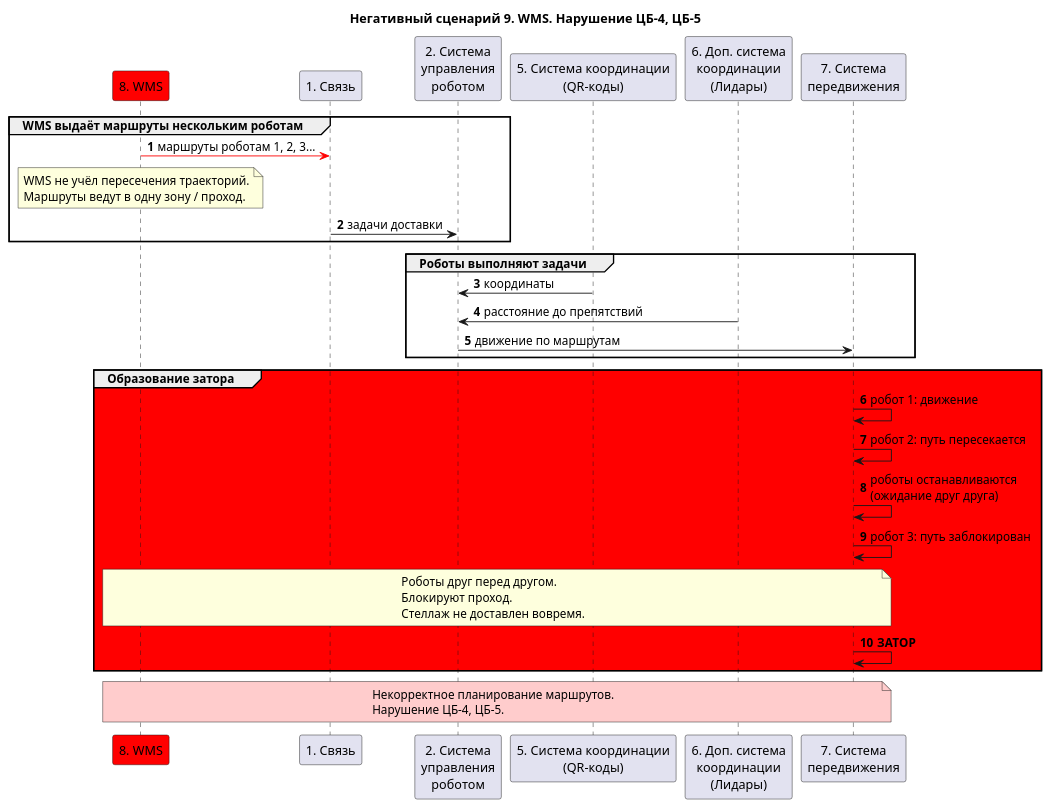
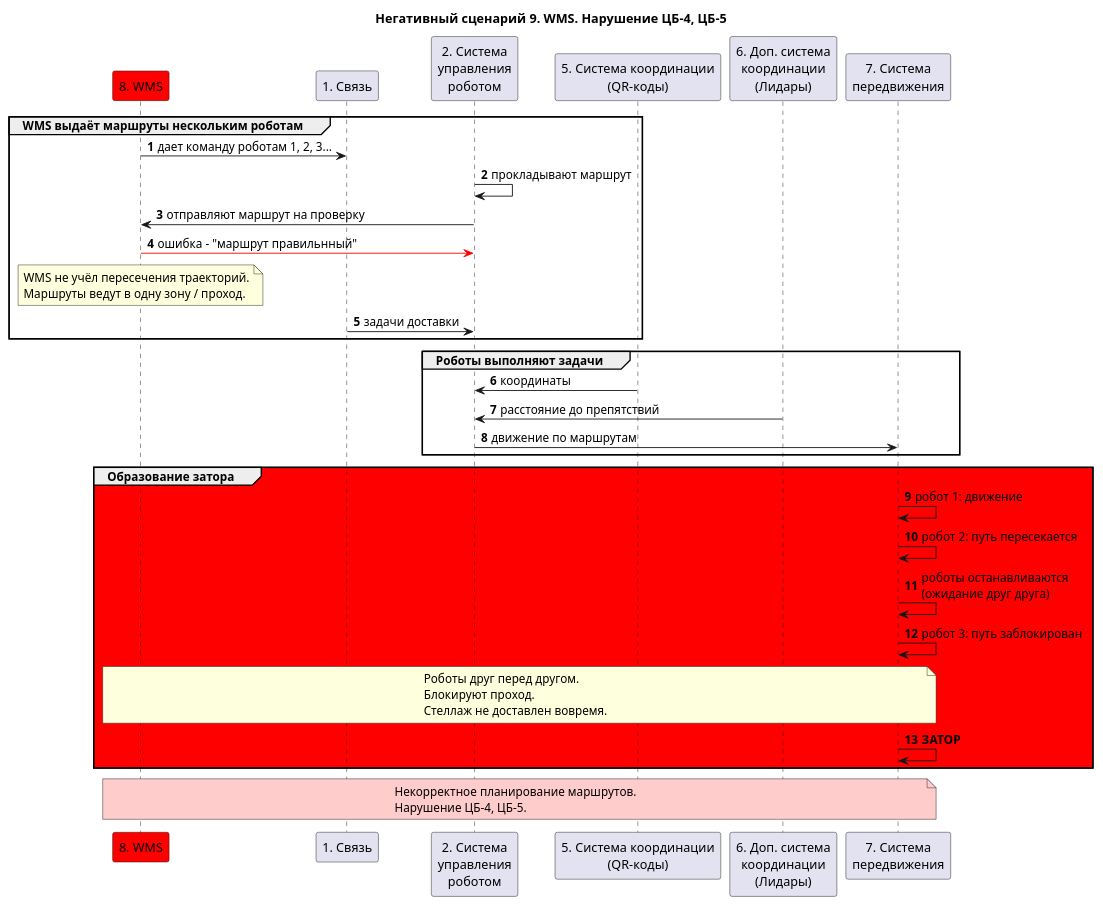
One commit to BoykovArtur/ProgrammingMethods changed the diagram in CourseWork/Description/ns/ns-09.puml. Above: the diagram before and after it, drawn with PlantUML.

```diff
--- a/CourseWork/Description/ns/ns-09.puml
+++ b/CourseWork/Description/ns/ns-09.puml
@@ -1,45 +1,47 @@
 @startuml
 title "Негативный сценарий 9. WMS. Нарушение ЦБ-4, ЦБ-5"
 
 autonumber
 participant "8. WMS" as wms #red
 participant "1. Связь" as conn
 participant "2. Система\nуправления\nроботом" as ctrl
 participant "5. Система координации\n(QR-коды)" as qr
 participant "6. Доп. система\nкоординации\n(Лидары)" as lidar
 participant "7. Система\nпередвижения" as move
 
 group WMS выдаёт маршруты нескольким роботам
-wms -[#red]> conn: маршруты роботам 1, 2, 3...
+wms -> conn: дает команду роботам 1, 2, 3...
+ctrl -> ctrl: прокладывают маршрут 
+ctrl -> wms: отправляют маршрут на проверку
+wms -[#red]> ctrl: ошибка - "маршрут правильнный"
 note over wms
   WMS не учёл пересечения траекторий.
   Маршруты ведут в одну зону / проход.
 end note
 conn -> ctrl: задачи доставки
 end
 
 group Роботы выполняют задачи
 ctrl <- qr: координаты
 ctrl <- lidar: расстояние до препятствий
 ctrl -> move: движение по маршрутам
 end
 
 group #red Образование затора
 move -> move: робот 1: движение
 move -> move: робот 2: путь пересекается
 move -> move: роботы останавливаются\n(ожидание друг друга)
 move -> move: робот 3: путь заблокирован
 note over wms, move
   Роботы друг перед другом.
   Блокируют проход.
   Стеллаж не доставлен вовремя.
 end note
 move -> move: **ЗАТОР**
 end
 
 note over wms, move #FFCCCC
   Некорректное планирование маршрутов.
   Нарушение ЦБ-4, ЦБ-5.
 end note
-
 @enduml
```
